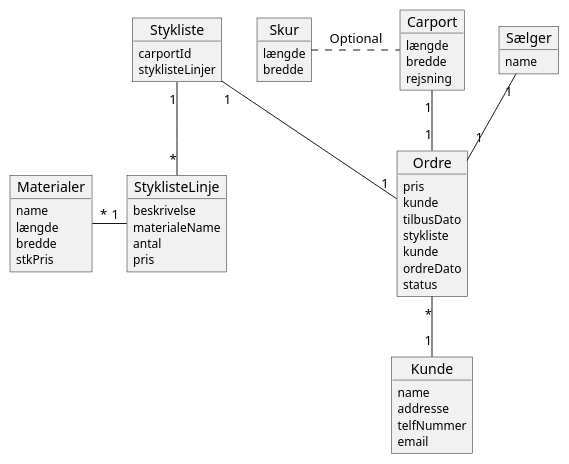
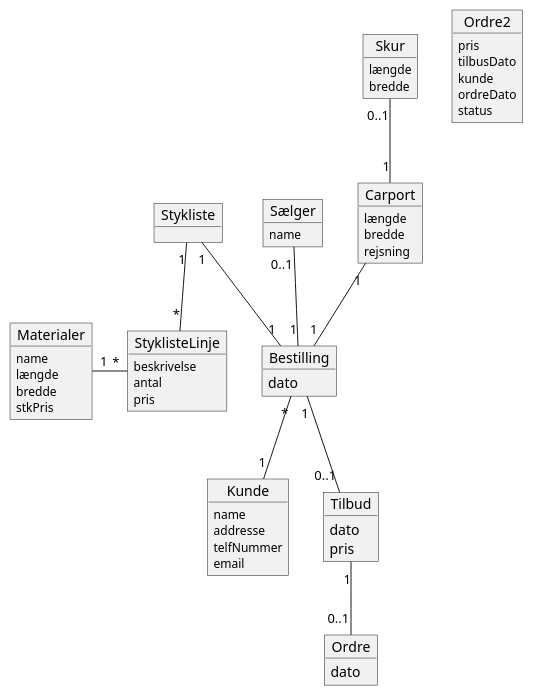
The diagram in src/main/Diagrammer/DomainDiagram.puml (kalhauge/Fog), drawn with PlantUML before and after one commit. The commit also changed 3 other files, not shown here.

```diff
--- a/src/main/Diagrammer/DomainDiagram.puml
+++ b/src/main/Diagrammer/DomainDiagram.puml
@@ -1,59 +1,67 @@
 @startuml
 
 object Kunde
 Kunde : <size:12>name
 Kunde : <size:12>addresse
 Kunde : <size:12>telfNummer
 Kunde : <size:12>email
 
 object Sælger
 Sælger : <size:12>name
 
 object Materialer
 Materialer : <size:12>name
 Materialer : <size:12>længde
 Materialer : <size:12>bredde
 Materialer : <size:12>stkPris
 
+object Ordre {
+dato
+}
+object Tilbud {
+dato
+pris
+}
+object Bestilling {
+dato
+}
 
-object Ordre
-Ordre : <size:12>pris
-Ordre : <size:12>kunde
-Ordre : <size:12>tilbusDato
-Ordre : <size:12>stykliste
-Ordre : <size:12>kunde
-Ordre : <size:12>ordreDato
-Ordre : <size:12>status
+object Ordre2
+Ordre2 : <size:12>pris
+Ordre2 : <size:12>tilbusDato
+Ordre2 : <size:12>kunde
+Ordre2 : <size:12>ordreDato
+Ordre2 : <size:12>status
 
 
 object Carport
 Carport : <size:12>længde
 Carport : <size:12>bredde
 Carport : <size:12>rejsning
 
 object Skur
 Skur : <size:12>længde
 Skur : <size:12>bredde
 
 object Stykliste
-Stykliste : <size:12>carportId
-Stykliste : <size:12>styklisteLinjer
 
 object StyklisteLinje
 StyklisteLinje : <size:12>beskrivelse
-StyklisteLinje : <size:12>materialeName
 StyklisteLinje : <size:12>antal
 StyklisteLinje : <size:12>pris
 
-Stykliste "1" -- "1" Ordre
+Stykliste "1" -- "1" Bestilling
 
 Stykliste "1" -- "*" StyklisteLinje
-Materialer "*" - "1" StyklisteLinje
+Materialer "1" - "*" StyklisteLinje
 
-Ordre "*" -- "1" Kunde
+Bestilling "*" -- "1" Kunde
 
-Carport "1" -- "1" Ordre
+Bestilling "1" -- "0..1" Tilbud
+Tilbud "1" -- "0..1" Ordre
 
-Sælger "1" -- "1" Ordre
-Skur . Carport : Optional
+Carport "1" -- "1" Bestilling
+
+Sælger "0..1" -- "1" Bestilling
+Skur "0..1" -- "1" Carport
 @enduml
```
